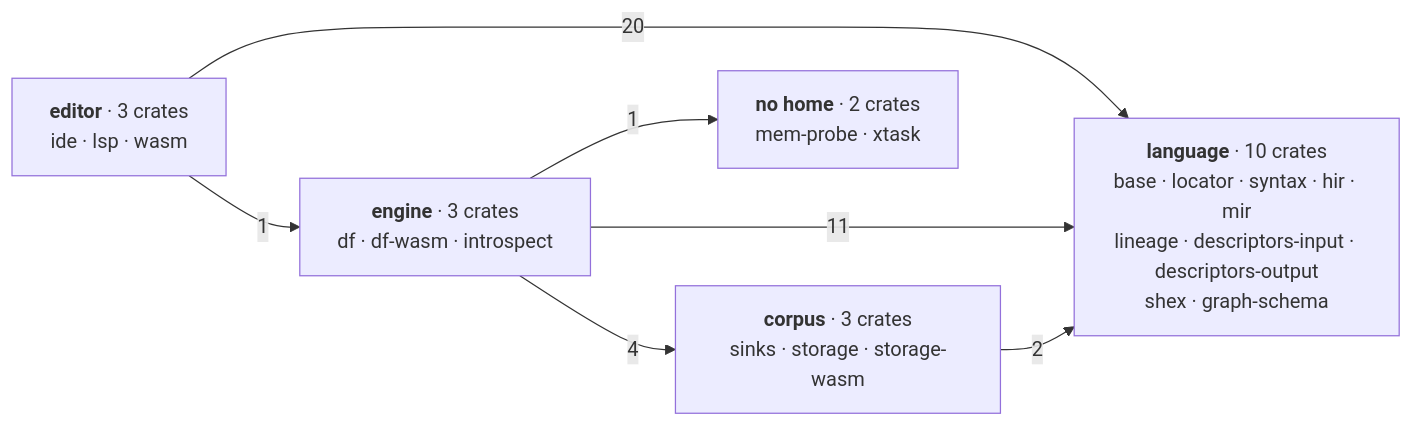
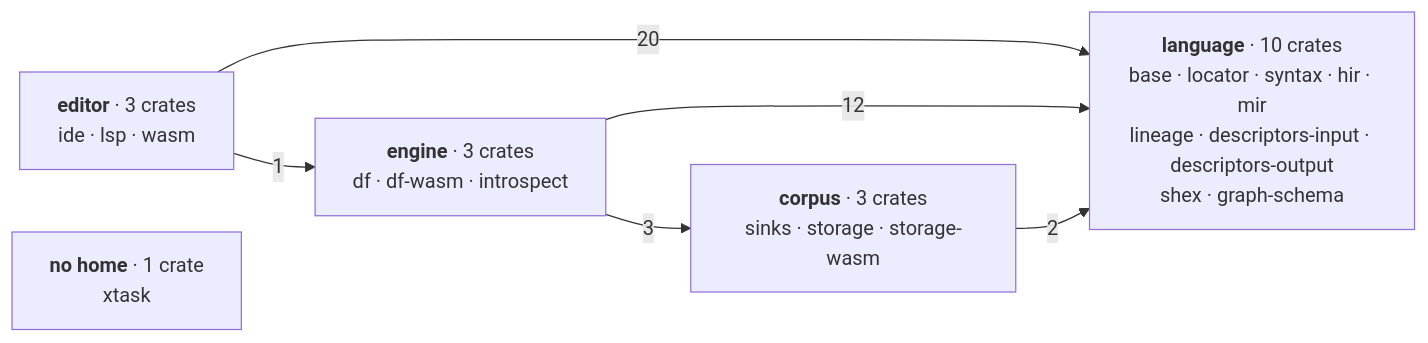
One commit to Kanzo-Tech/fossil-lang changed the first of 3 diagrams in docs/content/docs/(root)/architecture.mdx. Above: the diagram before and after it, drawn with Mermaid. The commit also changed other lines of this file and 48 other files, not shown here.

````diff
--- a/docs/content/docs/(root)/architecture.mdx
+++ b/docs/content/docs/(root)/architecture.mdx
@@ -92,15 +92,14 @@
 ```mermaid
 graph LR
   L["<b>language</b> · 10 crates<br/>base · locator · syntax · hir · mir<br/>lineage · descriptors-input · descriptors-output<br/>shex · graph-schema"]
   E["<b>editor</b> · 3 crates<br/>ide · lsp · wasm"]
   M["<b>engine</b> · 3 crates<br/>df · df-wasm · introspect"]
   C["<b>corpus</b> · 3 crates<br/>sinks · storage · storage-wasm"]
-  X["<b>no home</b> · 2 crates<br/>mem-probe · xtask"]
+  X["<b>no home</b> · 1 crate<br/>xtask"]
 
   E -->|20| L
   E -->|1| M
-  M -->|11| L
-  M -->|4| C
-  M -->|1| X
+  M -->|12| L
+  M -->|3| C
   C -->|2| L
 ```
````
